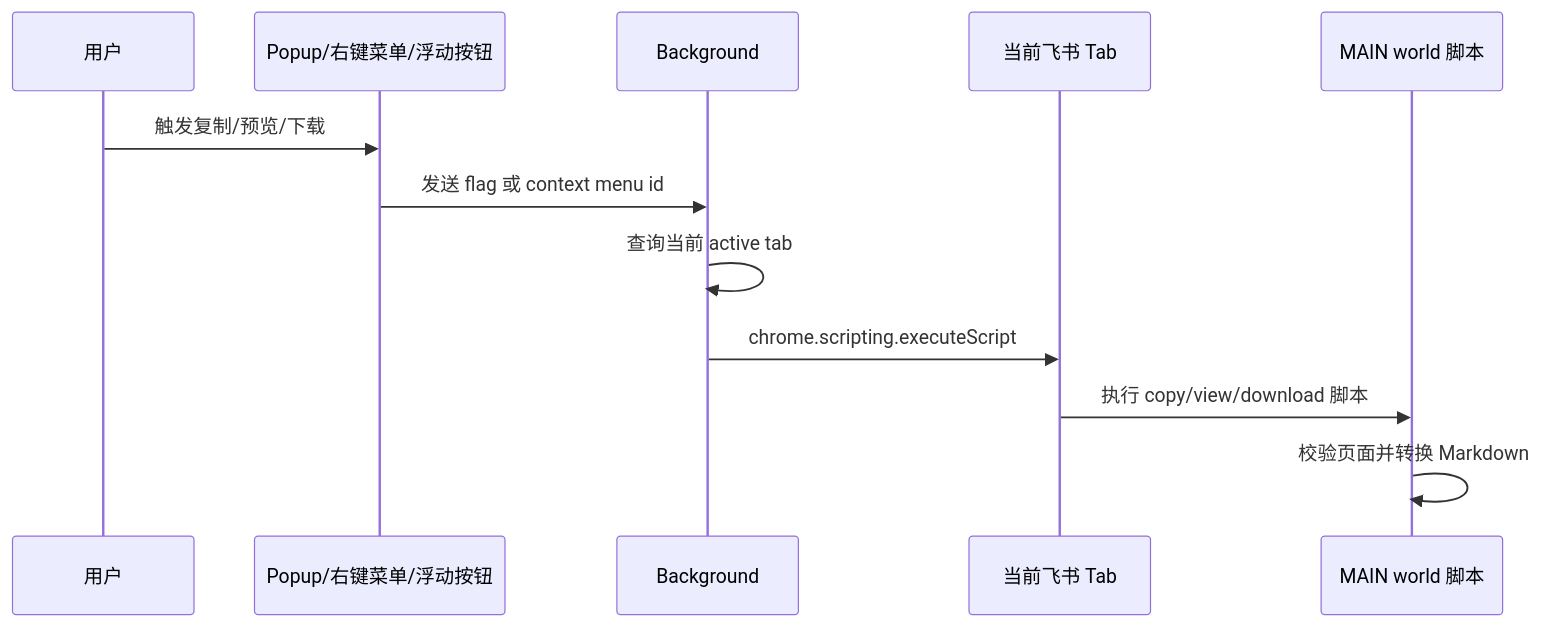
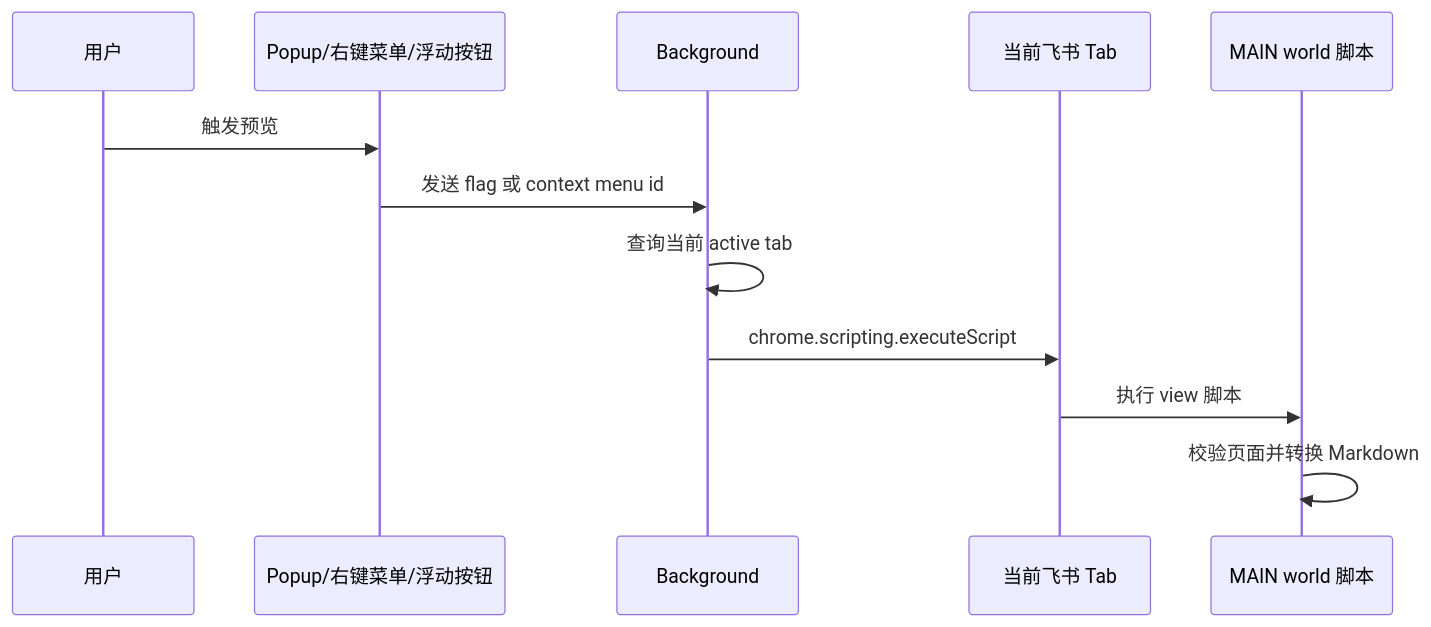
Before and after one commit to zhangpengfei-xyz/cloud-document-converter: the third of 3 diagrams in docs/architecture-design.md, drawn with Mermaid. The commit also changed other lines of this file and 49 other files, not shown here.

Commit message:
remove copy and download

````diff
--- a/docs/architecture-design.md
+++ b/docs/architecture-design.md
@@ -158,15 +148,15 @@
 ```mermaid
 sequenceDiagram
   participant U as 用户
   participant UI as Popup/右键菜单/浮动按钮
   participant BG as Background
   participant Tab as 当前飞书 Tab
   participant Main as MAIN world 脚本
 
-  U->>UI: 触发复制/预览/下载
+  U->>UI: 触发预览
   UI->>BG: 发送 flag 或 context menu id
   BG->>BG: 查询当前 active tab
   BG->>Tab: chrome.scripting.executeScript
-  Tab->>Main: 执行 copy/view/download 脚本
+  Tab->>Main: 执行 view 脚本
   Main->>Main: 校验页面并转换 Markdown
 ```
````
